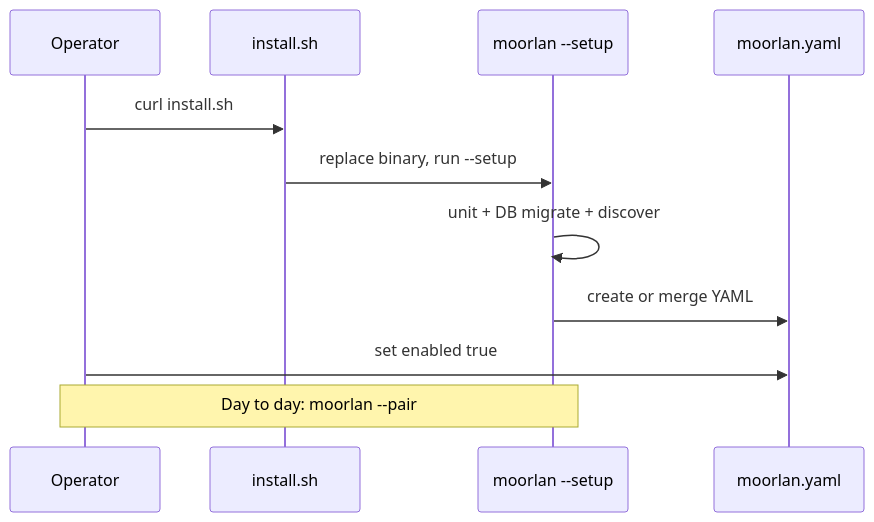
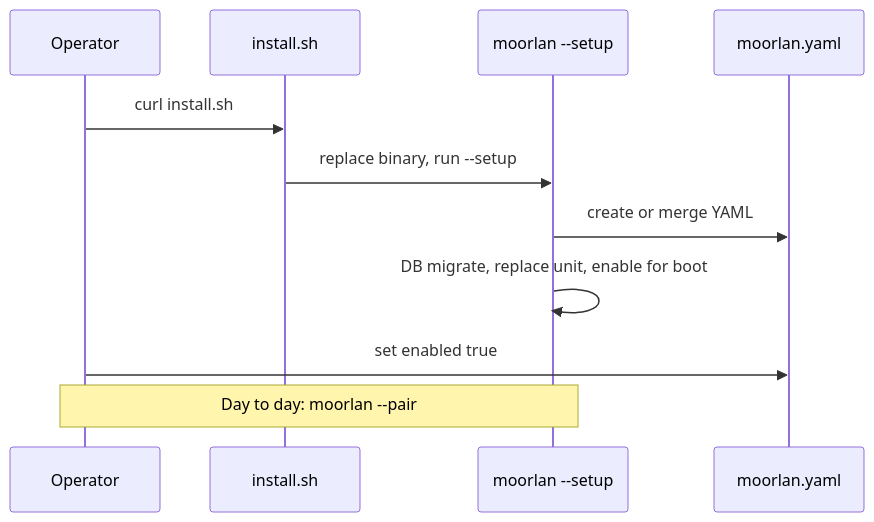
Before and after one commit to sumitgahoi/moorlan: the second of 2 diagrams in server/ARCHITECTURE.md, drawn with Mermaid. The commit also changed other lines of this file and 3 other files, not shown here.

````diff
--- a/server/ARCHITECTURE.md
+++ b/server/ARCHITECTURE.md
@@ -71,14 +71,14 @@
 ```mermaid
 sequenceDiagram
   participant Op as Operator
   participant Sh as install.sh
   participant CLI as moorlan --setup
   participant Conf as moorlan.yaml
 
   Op->>Sh: curl install.sh
   Sh->>CLI: replace binary, run --setup
-  CLI->>CLI: unit + DB migrate + discover
   CLI->>Conf: create or merge YAML
+  CLI->>CLI: DB migrate, replace unit, enable for boot
   Op->>Conf: set enabled true
   Note over Op,CLI: Day to day: moorlan --pair
 ```
````
